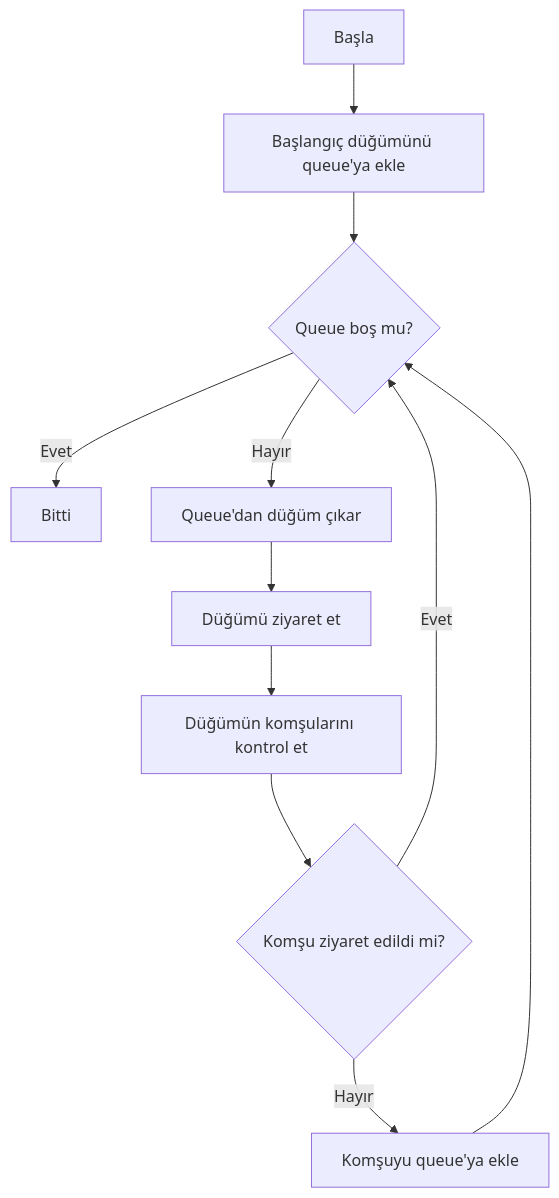
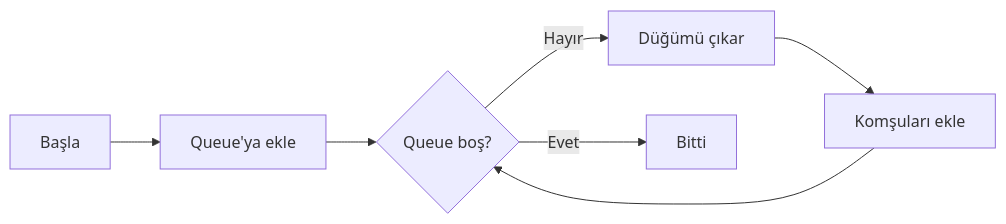
The first of 4 diagrams in README.md (EmirKaraman24/LabProje-II), drawn with Mermaid before and after one commit. The commit also changed other lines of this file and 6 other files, not shown here.

````diff
--- a/README.md
+++ b/README.md
@@ -42,13 +150,9 @@
 ```mermaid
-flowchart TD
-    A[Başla] --> B[Başlangıç düğümünü queue'ya ekle]
-    B --> C{Queue boş mu?}
-    C -->|Evet| D[Bitti]
-    C -->|Hayır| E[Queue'dan düğüm çıkar]
-    E --> F[Düğümü ziyaret et]
-    F --> G[Düğümün komşularını kontrol et]
-    G --> H{Komşu ziyaret edildi mi?}
-    H -->|Hayır| I[Komşuyu queue'ya ekle]
-    I --> C
-    H -->|Evet| C
+flowchart LR
+    A[Başla] --> B[Queue'ya ekle]
+    B --> C{Queue boş?}
+    C -->|Hayır| D[Düğümü çıkar]
+    D --> E[Komşuları ekle]
+    E --> C
+    C -->|Evet| F[Bitti]
 ```
````
